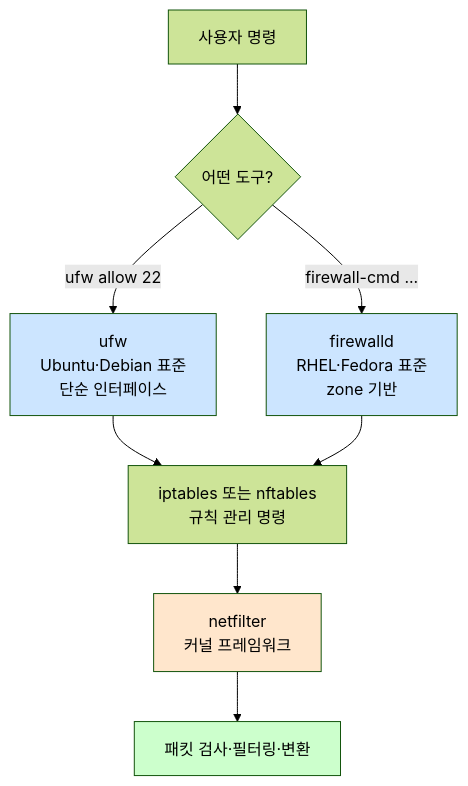
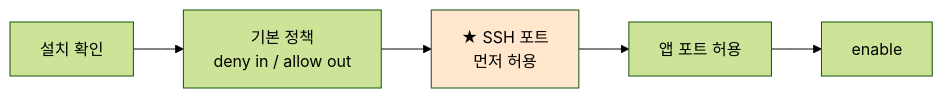
The first of 3 diagrams in codyssey_b1_1_study/firewall-ufw-vs-firewalld.md (codewhite7777/codyssey_notes), drawn with Mermaid (forest theme) before and after one commit. The commit also changed other lines of this file, not shown here.

First line of the commit message:
docs(firewall): 학습자 친화 구조 + 쉬운 언어

````diff
--- a/codyssey_b1_1_study/firewall-ufw-vs-firewalld.md
+++ b/codyssey_b1_1_study/firewall-ufw-vs-firewalld.md
@@ -21,17 +131,9 @@
 ```mermaid
-flowchart TD
-    A[사용자 명령] --> B{어떤 도구?}
-    B -->|ufw allow 22| C[ufw<br/>Ubuntu·Debian 표준<br/>단순 인터페이스]
-    B -->|firewall-cmd ...| D[firewalld<br/>RHEL·Fedora 표준<br/>zone 기반]
+flowchart LR
+    A[설치 확인] --> B[기본 정책<br/>deny in / allow out]
+    B --> C[★ SSH 포트<br/>먼저 허용]
+    C --> D[앱 포트 허용]
+    D --> E[enable]
 
-    C --> E[iptables 또는 nftables<br/>규칙 관리 명령]
-    D --> E
-
-    E --> F[netfilter<br/>커널 프레임워크]
-    F --> G[패킷 검사·필터링·변환]
-
-    style F fill:#ffe6cc
-    style G fill:#ccffcc
-    style C fill:#cce5ff
-    style D fill:#cce5ff
+    style C fill:#ffe6cc
 ```
````
